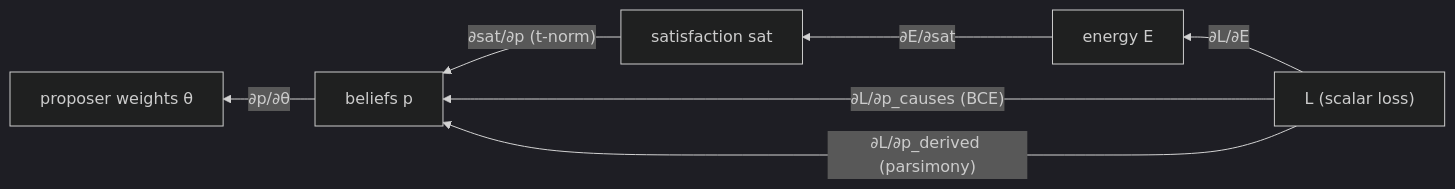
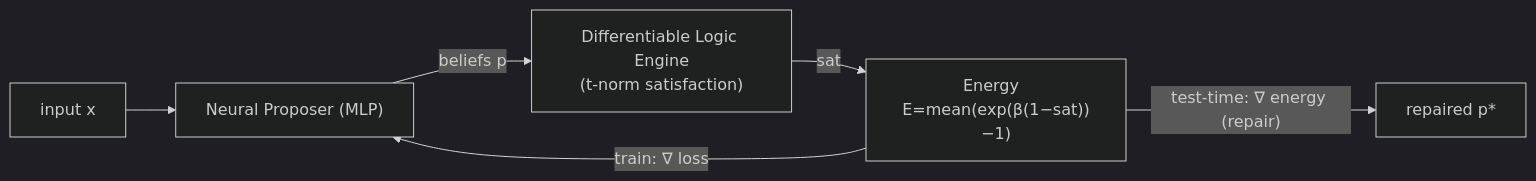
The second of 2 diagrams in PAPER.md (joperjoker/Project-ThermoLogic), drawn with Mermaid (dark theme) before and after one commit. The commit also changed other lines of this file and 2 other files, not shown here.

First line of the commit message:
Rewrite papers (technical + accessible) around test-time compute narrative

````diff
--- a/PAPER.md
+++ b/PAPER.md
@@ -223,9 +153,7 @@
 ```mermaid
-flowchart RL
-    L["L (scalar loss)"] -->|∂L/∂E| E["energy E"]
-    E -->|∂E/∂sat| S["satisfaction sat"]
-    S -->|"∂sat/∂p (t-norm)"| P["beliefs p"]
-    L -->|"∂L/∂p_causes (BCE)"| P
-    L -->|"∂L/∂p_derived (parsimony)"| P
-    P -->|∂p/∂θ| T["proposer weights θ"]
+flowchart LR
+    X["input x"] --> NP["Neural Proposer (MLP)"] -->|"beliefs p"| DTP["Differentiable Logic Engine<br/>(t-norm satisfaction)"]
+    DTP -->|"sat"| E["Energy  E=mean(exp(β(1−sat))−1)"]
+    E -->|train: ∇ loss| NP
+    E -->|"test-time: ∇ energy (repair)"| R["repaired p*"]
 ```
````
